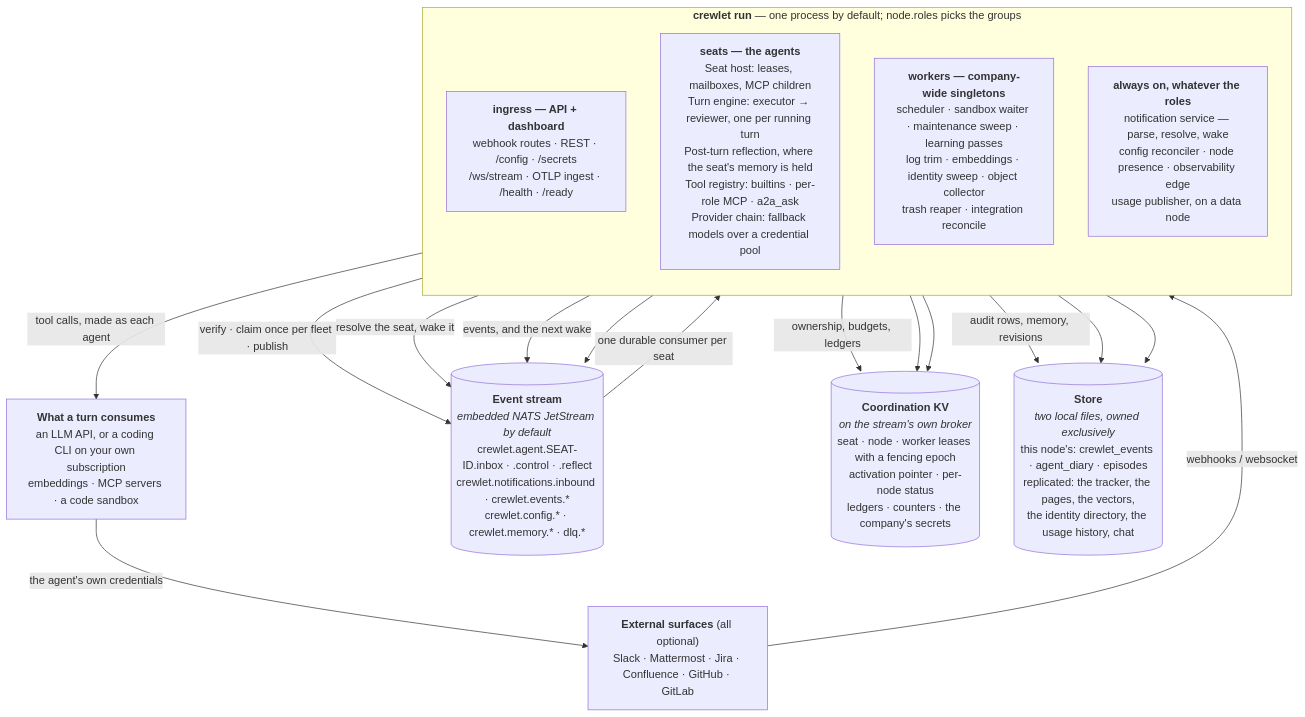
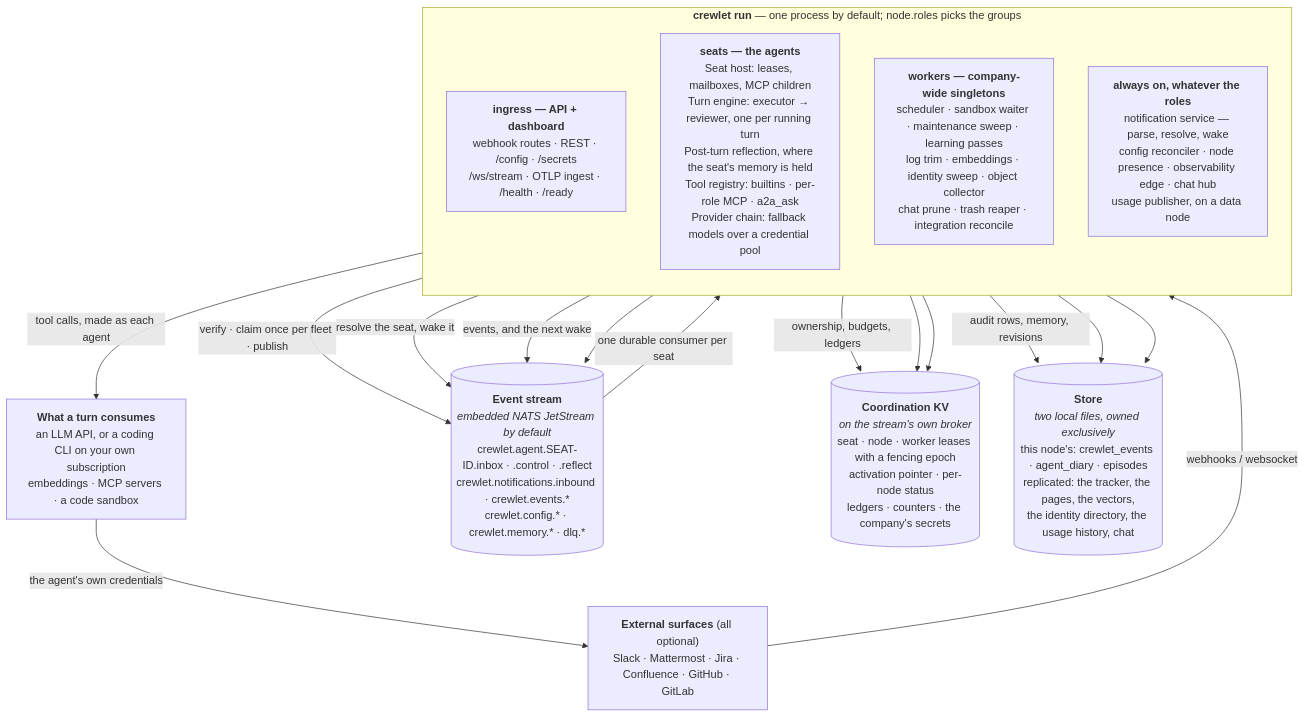
Before and after one commit to crewlet/crewlet: the diagram in docs/concepts/overview.md, drawn with Mermaid. The commit also changed other lines of this file and 39 other files, not shown here.

````diff
--- a/docs/concepts/overview.md
+++ b/docs/concepts/overview.md
@@ -56,32 +56,32 @@
 ```mermaid
 flowchart TB
     EXT["<b>External surfaces</b> (all optional)<br/>Slack · Mattermost · Jira · Confluence · GitHub · GitLab"]
     SUPPLY["<b>What a turn consumes</b><br/>an LLM API, or a coding CLI on your own subscription<br/>embeddings · MCP servers · a code sandbox"]
 
     subgraph proc["<b>crewlet run</b> — one process by default; node.roles picks the groups"]
         direction TB
         API["<b>ingress — API + dashboard</b><br/>webhook routes · REST · /config · /secrets<br/>/ws/stream · OTLP ingest · /health · /ready"]
         SEAT["<b>seats — the agents</b><br/>Seat host: leases, mailboxes, MCP children<br/>Turn engine: executor → reviewer, one per running turn<br/>Post-turn reflection, where the seat's memory is held<br/>Tool registry: builtins · per-role MCP · a2a_ask<br/>Provider chain: fallback models over a credential pool"]
-        DUTY["<b>workers — company-wide singletons</b><br/>scheduler · sandbox waiter · maintenance sweep · learning passes<br/>log trim · embeddings · identity sweep · object collector<br/>trash reaper · integration reconcile"]
-        CORE["<b>always on, whatever the roles</b><br/>notification service — parse, resolve, wake<br/>config reconciler · node presence · observability edge<br/>usage publisher, on a data node"]
+        DUTY["<b>workers — company-wide singletons</b><br/>scheduler · sandbox waiter · maintenance sweep · learning passes<br/>log trim · embeddings · identity sweep · object collector<br/>chat prune · trash reaper · integration reconcile"]
+        CORE["<b>always on, whatever the roles</b><br/>notification service — parse, resolve, wake<br/>config reconciler · node presence · observability edge · chat hub<br/>usage publisher, on a data node"]
     end
 
     STREAM[("<b>Event stream</b><br/><i>embedded NATS JetStream by default</i><br/>crewlet.agent.SEAT-ID.inbox · .control · .reflect<br/>crewlet.notifications.inbound · crewlet.events.*<br/>crewlet.config.* · crewlet.memory.* · dlq.*")]
     KV[("<b>Coordination KV</b><br/><i>on the stream's own broker</i><br/>seat · node · worker leases with a fencing epoch<br/>activation pointer · per-node status<br/>ledgers · counters · the company's secrets")]
     DB[("<b>Store</b><br/><i>two local files, owned exclusively</i><br/>this node's: crewlet_events · agent_diary · episodes<br/>replicated: the tracker, the pages, the vectors,<br/>the identity directory, the usage history, chat")]
 
     EXT -->|"webhooks / websocket"| API
     API -->|"verify · claim once per fleet · publish"| STREAM
     CORE -->|"resolve the seat, wake it"| STREAM
     STREAM -->|"one durable consumer per seat"| SEAT
     SEAT -->|"tool calls, made as each agent"| SUPPLY
     SUPPLY -->|"the agent's own credentials"| EXT
     SEAT -->|"events, and the next wake"| STREAM
     DUTY --> STREAM
     SEAT -->|"ownership, budgets, ledgers"| KV
     CORE --> KV
     DUTY --> KV
     SEAT -->|"audit rows, memory, revisions"| DB
     CORE --> DB
     API --> DB
 ```
````
